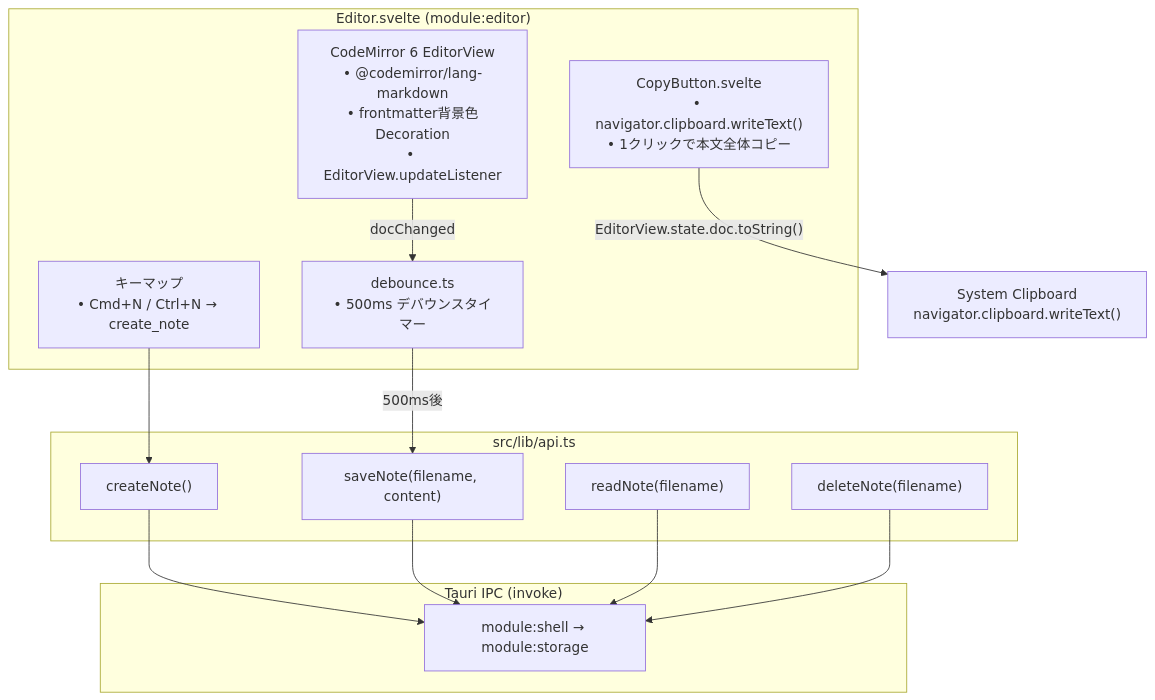
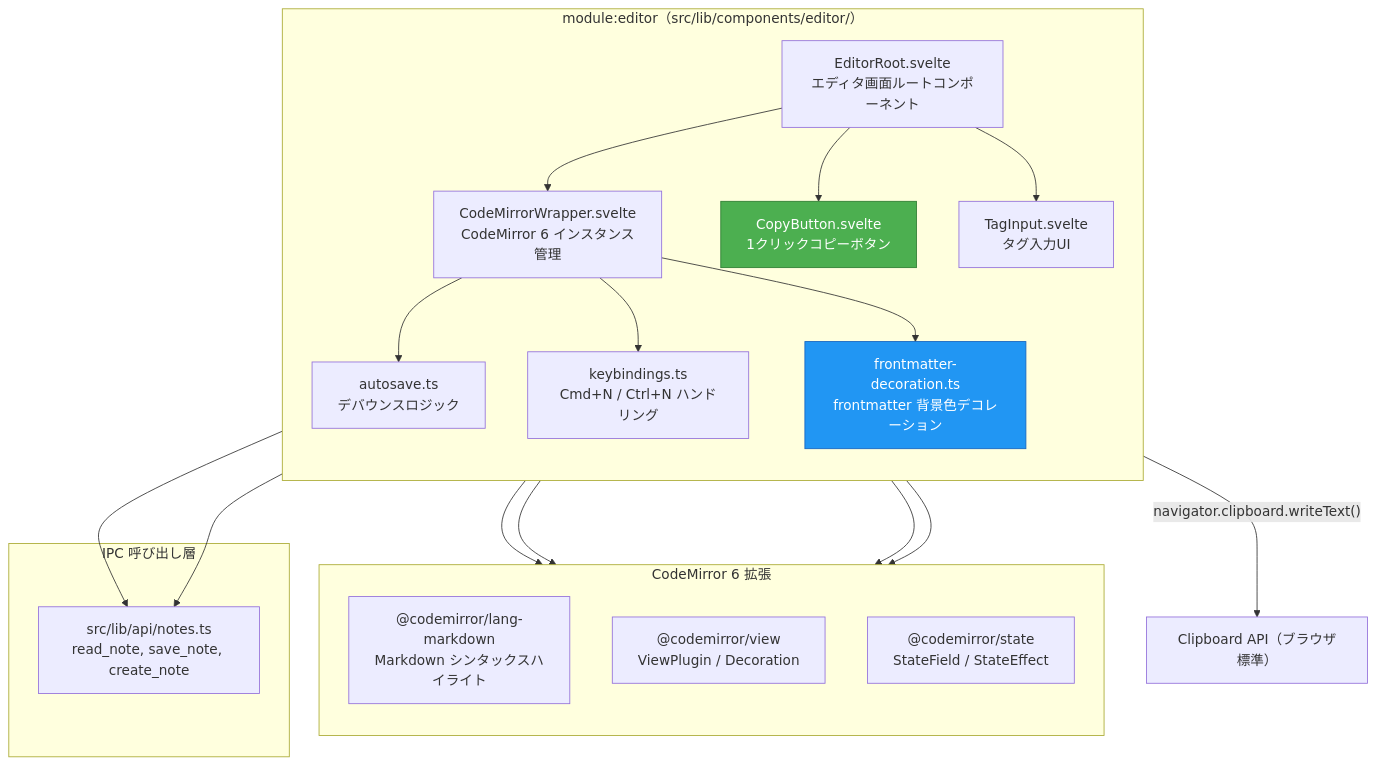
Before and after one commit to dev-komenzar/prompt-notes: the first of 5 diagrams in docs/detailed_design/editor_clipboard_design.md, drawn with Mermaid. The commit also changed other lines of this file and 3 other files, not shown here.

````diff
--- a/docs/detailed_design/editor_clipboard_design.md
+++ b/docs/detailed_design/editor_clipboard_design.md
@@ -61,29 +53,41 @@
 ```mermaid
 graph TB
-    subgraph EditorScreen["Editor.svelte (module:editor)"]
-        CM6["CodeMirror 6 EditorView<br/>• @codemirror/lang-markdown<br/>• frontmatter背景色Decoration<br/>• EditorView.updateListener"]
-        CopyBtn["CopyButton.svelte<br/>• navigator.clipboard.writeText()<br/>• 1クリックで本文全体コピー"]
-        KeyMap["キーマップ<br/>• Cmd+N / Ctrl+N → create_note"]
-        Debounce["debounce.ts<br/>• 500ms デバウンスタイマー"]
+    subgraph "module:editor（src/lib/components/editor/）"
+        direction TB
+        EditorRoot["EditorRoot.svelte<br/>エディタ画面ルートコンポーネント"]
+        CMWrapper["CodeMirrorWrapper.svelte<br/>CodeMirror 6 インスタンス管理"]
+        CopyButton["CopyButton.svelte<br/>1クリックコピーボタン"]
+        TagInput["TagInput.svelte<br/>タグ入力UI"]
+        AutoSave["autosave.ts<br/>デバウンスロジック"]
+        KeyBindings["keybindings.ts<br/>Cmd+N / Ctrl+N ハンドリング"]
+        FMDecoration["frontmatter-decoration.ts<br/>frontmatter 背景色デコレーション"]
     end
 
-    subgraph API["src/lib/api.ts"]
-        CreateNote["createNote()"]
-        SaveNote["saveNote(filename, content)"]
-        ReadNote["readNote(filename)"]
-        DeleteNote["deleteNote(filename)"]
+    subgraph "CodeMirror 6 拡張"
+        direction TB
+        LangMD["@codemirror/lang-markdown<br/>Markdown シンタックスハイライト"]
+        ViewDeco["@codemirror/view<br/>ViewPlugin / Decoration"]
+        StateExt["@codemirror/state<br/>StateField / StateEffect"]
     end
 
-    subgraph IPC["Tauri IPC (invoke)"]
-        IPCLayer["module:shell → module:storage"]
+    subgraph "IPC 呼び出し層"
+        NotesAPI["src/lib/api/notes.ts<br/>read_note, save_note, create_note"]
     end
 
-    CM6 -->|docChanged| Debounce
-    Debounce -->|"500ms後"| SaveNote
-    KeyMap --> CreateNote
-    CopyBtn -->|"EditorView.state.doc.toString()"| Clipboard["System Clipboard<br/>navigator.clipboard.writeText()"]
-    CreateNote --> IPCLayer
-    SaveNote --> IPCLayer
-    ReadNote --> IPCLayer
-    DeleteNote --> IPCLayer
+    EditorRoot --> CMWrapper
+    EditorRoot --> CopyButton
+    EditorRoot --> TagInput
+    CMWrapper --> AutoSave
+    CMWrapper --> KeyBindings
+    CMWrapper --> FMDecoration
+    CMWrapper --> LangMD
+    CMWrapper --> ViewDeco
+    FMDecoration --> ViewDeco
+    FMDecoration --> StateExt
+    AutoSave --> NotesAPI
+    KeyBindings --> NotesAPI
+    CopyButton -->|"navigator.clipboard.writeText()"| ClipAPI["Clipboard API（ブラウザ標準）"]
+
+    style CopyButton fill:#4caf50,stroke:#2e7d32,color:#fff
+    style FMDecoration fill:#2196f3,stroke:#1565c0,color:#fff
 ```
````
